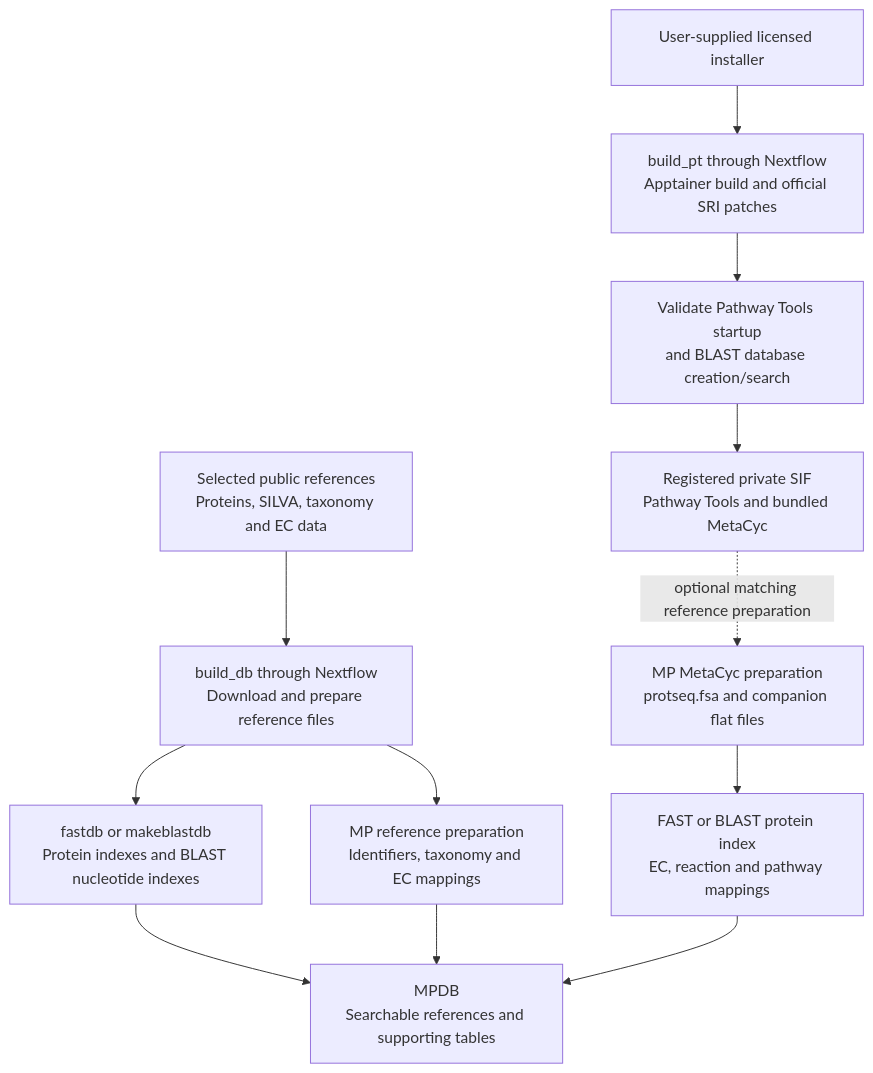
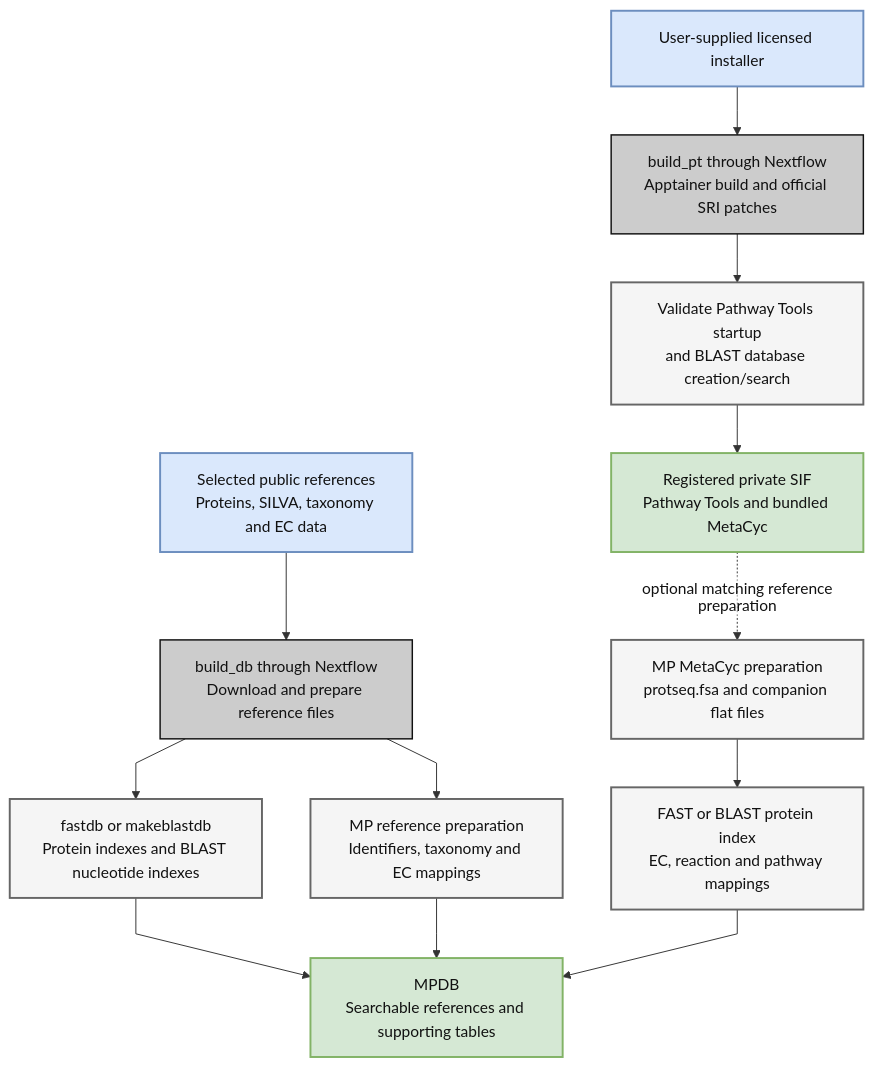
The first of 3 diagrams in docs/detailed-workflow.md (hallamlab/MetaPathways), drawn with Mermaid before and after one commit. The commit also changed other lines of this file and 10 other files, not shown here.

Commit message:
Adapt appnote workflow SVG and align documentation diagram styling

````diff
--- a/docs/detailed-workflow.md
+++ b/docs/detailed-workflow.md
@@ -17,14 +17,24 @@
 ```mermaid
+%%{init: {"theme":"base","fontFamily":"Times New Roman, Times, serif","themeVariables":{"fontFamily":"Times New Roman, Times, serif","fontSize":"16px","primaryColor":"#CCCCCC","primaryTextColor":"#111111","primaryBorderColor":"#666666","secondaryColor":"#DAE8FC","tertiaryColor":"#F5F5F5","lineColor":"#333333","edgeLabelBackground":"#FFFFFF","background":"#FFFFFF"},"flowchart":{"htmlLabels":false,"curve":"linear"}}}%%
 flowchart TB
     PUBLIC["Selected public references<br/>Proteins, SILVA, taxonomy and EC data"] --> BUILD["build_db through Nextflow<br/>Download and prepare reference files"]
     BUILD --> INDEX["fastdb or makeblastdb<br/>Protein indexes and BLAST nucleotide indexes"]
     BUILD --> TABLES["MP reference preparation<br/>Identifiers, taxonomy and EC mappings"]
     INDEX --> MPDB["MPDB<br/>Searchable references and supporting tables"]
     TABLES --> MPDB
     INSTALLER["User-supplied licensed installer"] --> PTBUILD["build_pt through Nextflow<br/>Apptainer build and official SRI patches"]
     PTBUILD --> CHECK["Validate Pathway Tools startup<br/>and BLAST database creation/search"]
     CHECK --> SIF["Registered private SIF<br/>Pathway Tools and bundled MetaCyc"]
     SIF -. optional matching reference preparation .-> META["MP MetaCyc preparation<br/>protseq.fsa and companion flat files"]
     META --> METAINDEX["FAST or BLAST protein index<br/>EC, reaction and pathway mappings"]
     METAINDEX --> MPDB
+    classDef module fill:#CCCCCC,stroke:#111111,stroke-width:1.5px,color:#111111;
+    classDef compute fill:#F5F5F5,stroke:#666666,stroke-width:2px,color:#111111;
+    classDef input fill:#DAE8FC,stroke:#6C8EBF,stroke-width:2px,color:#111111;
+    classDef output fill:#D5E8D4,stroke:#82B366,stroke-width:2px,color:#111111;
+    classDef data fill:#FFFFFF,stroke:#666666,stroke-width:1.5px,color:#111111;
+    class PUBLIC,INSTALLER input;
+    class BUILD,PTBUILD module;
+    class INDEX,TABLES,CHECK,META,METAINDEX compute;
+    class MPDB,SIF output;
 ```
````
